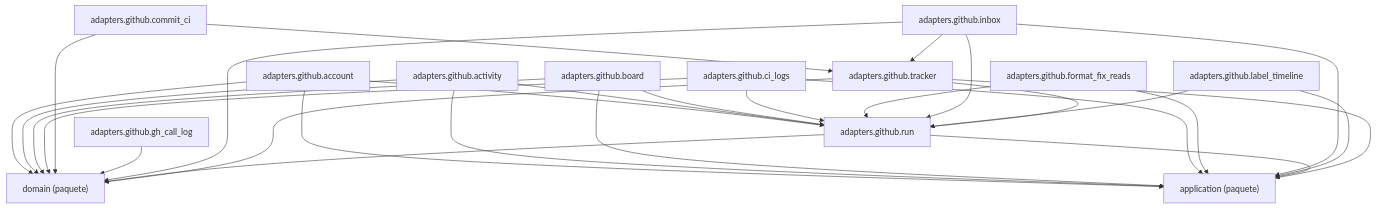
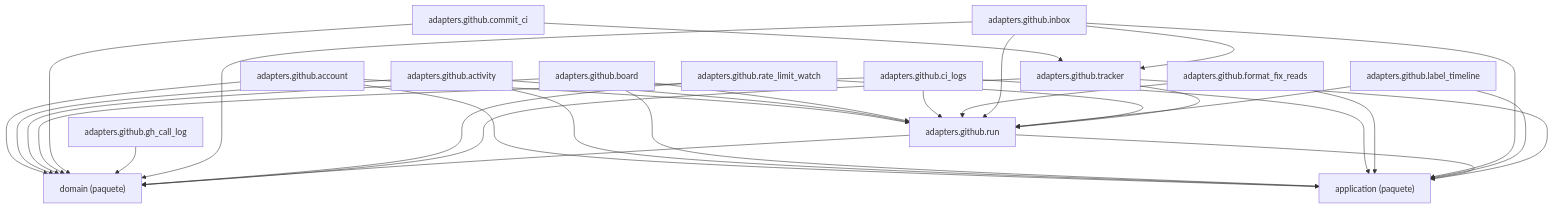
The diagram in docs/architecture/generated/packages-process-adapters-github.md (GonzaloZevallos/agentic-system), drawn with Mermaid before and after one commit. The commit also changed 21 other files, not shown here.

````diff
--- a/docs/architecture/generated/packages-process-adapters-github.md
+++ b/docs/architecture/generated/packages-process-adapters-github.md
@@ -16,44 +16,47 @@
 ```mermaid
 graph TD
     g_pkg__application["application (paquete)"]
     g_pkg__domain["domain (paquete)"]
     m_adapters__github__account["adapters.github.account"]
     m_adapters__github__activity["adapters.github.activity"]
     m_adapters__github__board["adapters.github.board"]
     m_adapters__github__ci_logs["adapters.github.ci_logs"]
     m_adapters__github__commit_ci["adapters.github.commit_ci"]
     m_adapters__github__format_fix_reads["adapters.github.format_fix_reads"]
     m_adapters__github__gh_call_log["adapters.github.gh_call_log"]
     m_adapters__github__inbox["adapters.github.inbox"]
     m_adapters__github__label_timeline["adapters.github.label_timeline"]
+    m_adapters__github__rate_limit_watch["adapters.github.rate_limit_watch"]
     m_adapters__github__run["adapters.github.run"]
     m_adapters__github__tracker["adapters.github.tracker"]
     m_adapters__github__account --> g_pkg__application
     m_adapters__github__account --> g_pkg__domain
     m_adapters__github__account --> m_adapters__github__run
     m_adapters__github__activity --> g_pkg__application
     m_adapters__github__activity --> g_pkg__domain
     m_adapters__github__activity --> m_adapters__github__run
     m_adapters__github__board --> g_pkg__application
     m_adapters__github__board --> g_pkg__domain
     m_adapters__github__board --> m_adapters__github__run
     m_adapters__github__ci_logs --> g_pkg__application
     m_adapters__github__ci_logs --> g_pkg__domain
     m_adapters__github__ci_logs --> m_adapters__github__run
     m_adapters__github__commit_ci --> g_pkg__domain
     m_adapters__github__commit_ci --> m_adapters__github__tracker
     m_adapters__github__format_fix_reads --> g_pkg__application
     m_adapters__github__format_fix_reads --> m_adapters__github__run
     m_adapters__github__gh_call_log --> g_pkg__domain
     m_adapters__github__inbox --> g_pkg__application
     m_adapters__github__inbox --> g_pkg__domain
     m_adapters__github__inbox --> m_adapters__github__run
     m_adapters__github__inbox --> m_adapters__github__tracker
     m_adapters__github__label_timeline --> g_pkg__application
     m_adapters__github__label_timeline --> m_adapters__github__run
+    m_adapters__github__rate_limit_watch --> g_pkg__domain
+    m_adapters__github__rate_limit_watch --> m_adapters__github__run
     m_adapters__github__run --> g_pkg__application
     m_adapters__github__run --> g_pkg__domain
     m_adapters__github__tracker --> g_pkg__application
     m_adapters__github__tracker --> g_pkg__domain
     m_adapters__github__tracker --> m_adapters__github__run
 ```
````
